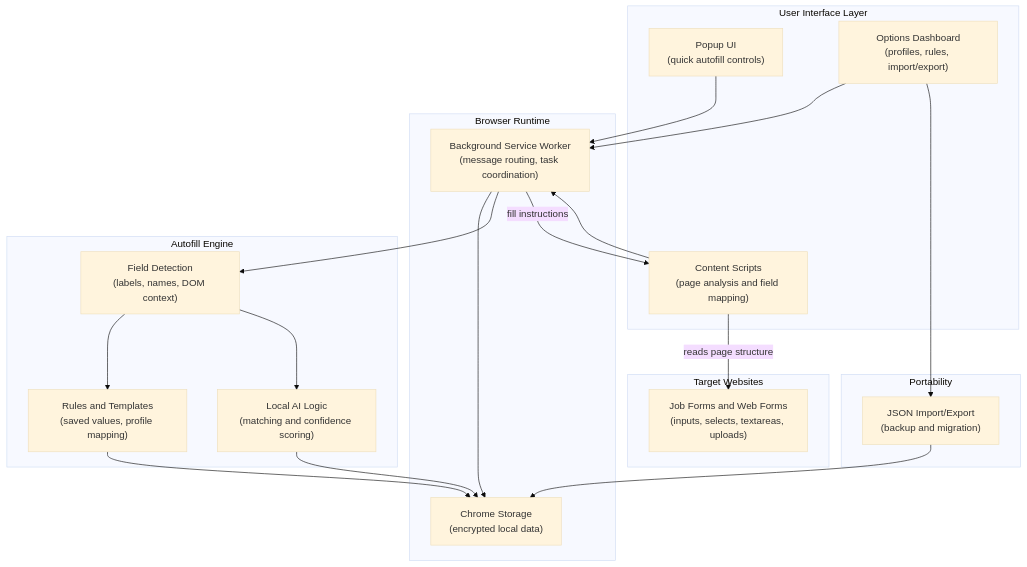
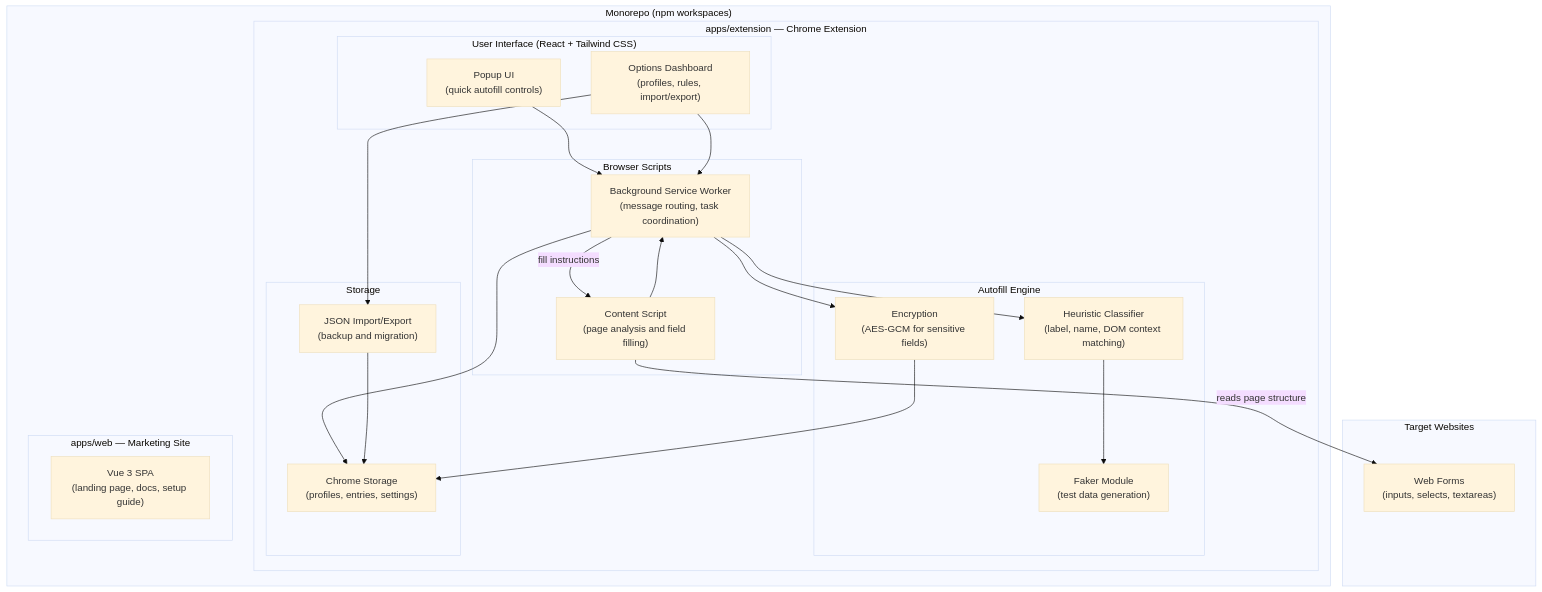
One commit to CodeCanvasCollective/.github changed the diagram in FLAGSHIP_PROJECT/c3-autofill/ARCHITECTURE.md. Above: the diagram before and after it, drawn with Mermaid (base theme). The commit also changed other lines of this file and 2 other files, not shown here.

First line of the commit message:
Docs: update monorepo architecture & structure

````diff
--- a/FLAGSHIP_PROJECT/c3-autofill/ARCHITECTURE.md
+++ b/FLAGSHIP_PROJECT/c3-autofill/ARCHITECTURE.md
@@ -13,43 +13,50 @@
 ```mermaid
 graph TB
-    subgraph "User Interface Layer"
-        POP["Popup UI<br/>(quick autofill controls)"]
-        OPT["Options Dashboard<br/>(profiles, rules, import/export)"]
-        CS["Content Scripts<br/>(page analysis and field mapping)"]
-    end
+    subgraph "Monorepo (npm workspaces)"
+        subgraph "apps/extension — Chrome Extension"
+            subgraph "User Interface (React + Tailwind CSS)"
+                POP["Popup UI<br/>(quick autofill controls)"]
+                OPT["Options Dashboard<br/>(profiles, rules, import/export)"]
+            end
 
-    subgraph "Browser Runtime"
-        BG["Background Service Worker<br/>(message routing, task coordination)"]
-        ST["Chrome Storage<br/>(encrypted local data)"]
-    end
+            subgraph "Browser Scripts"
+                CS["Content Script<br/>(page analysis and field filling)"]
+                BG["Background Service Worker<br/>(message routing, task coordination)"]
+            end
 
-    subgraph "Autofill Engine"
-        MAP["Field Detection<br/>(labels, names, DOM context)"]
-        RULES["Rules and Templates<br/>(saved values, profile mapping)"]
-        AI["Local AI Logic<br/>(matching and confidence scoring)"]
+            subgraph "Autofill Engine"
+                MAP["Heuristic Classifier<br/>(label, name, DOM context matching)"]
+                FAKER["Faker Module<br/>(test data generation)"]
+                CRYPTO["Encryption<br/>(AES-GCM for sensitive fields)"]
+            end
+
+            subgraph "Storage"
+                ST["Chrome Storage<br/>(profiles, entries, settings)"]
+                JSON["JSON Import/Export<br/>(backup and migration)"]
+            end
+        end
+
+        subgraph "apps/web — Marketing Site"
+            WEB["Vue 3 SPA<br/>(landing page, docs, setup guide)"]
+        end
     end
 
     subgraph "Target Websites"
-        FORMS["Job Forms and Web Forms<br/>(inputs, selects, textareas, uploads)"]
-    end
-
-    subgraph "Portability"
-        JSON["JSON Import/Export<br/>(backup and migration)"]
+        FORMS["Web Forms<br/>(inputs, selects, textareas)"]
     end
 
     POP --> BG
     OPT --> BG
     CS --> BG
 
     BG --> ST
     BG --> MAP
-    MAP --> RULES
-    MAP --> AI
-    RULES --> ST
-    AI --> ST
+    MAP --> FAKER
+    BG --> CRYPTO
+    CRYPTO --> ST
 
     CS -->|"reads page structure"| FORMS
     BG -->|"fill instructions"| CS
     OPT --> JSON
     JSON --> ST
 ```
````
